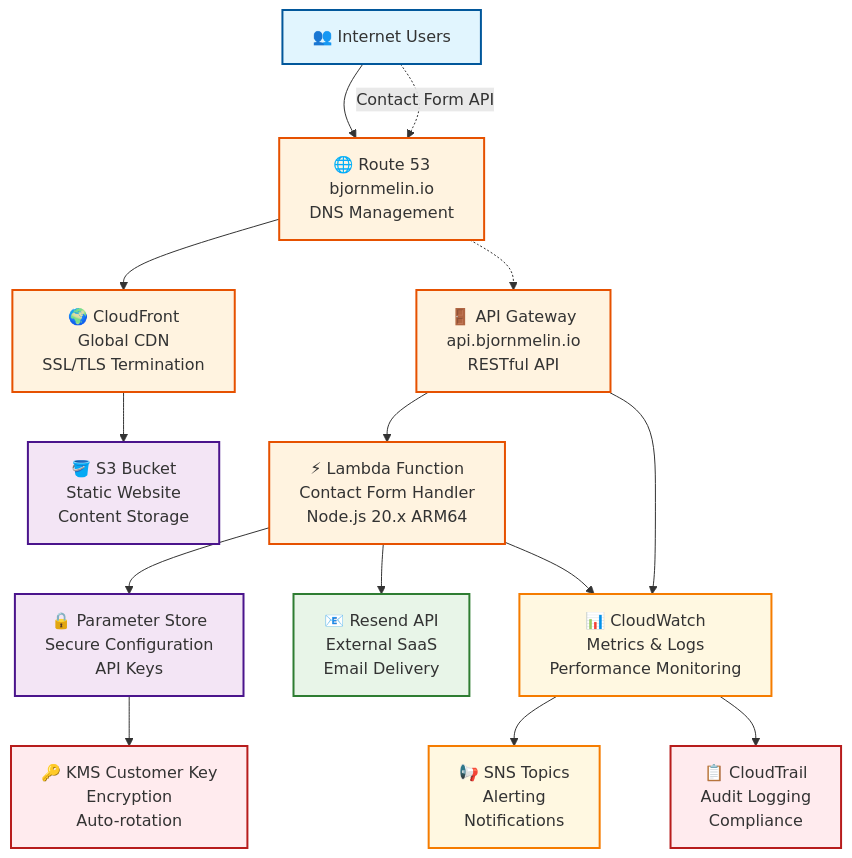
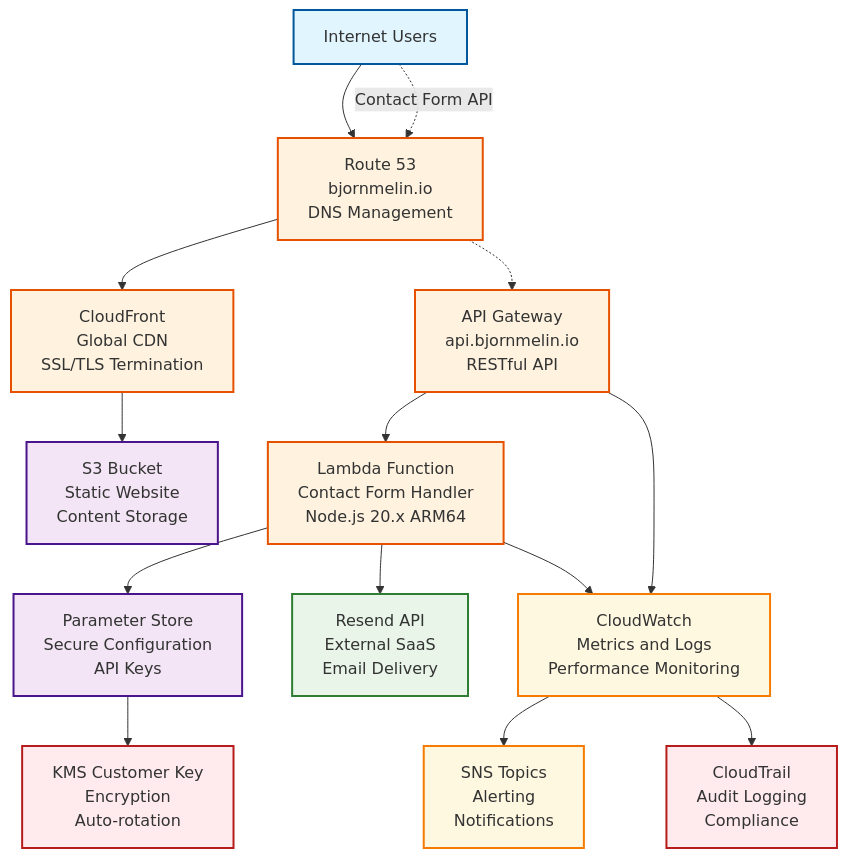
Before and after one commit to BjornMelin/bjornmelin-platform-io: the first of 4 diagrams in docs/infrastructure/architecture-overview.md, drawn with Mermaid. The commit also changed other lines of this file and 13 other files, not shown here.

````diff
--- a/docs/infrastructure/architecture-overview.md
+++ b/docs/infrastructure/architecture-overview.md
@@ -9,63 +9,63 @@
 ```mermaid
 graph TB
     %% Users and External Access
-    Users[👥 Internet Users]
+    Users["Internet Users"]
     
     %% DNS Layer
-    Route53[🌐 Route 53<br/>bjornmelin.io<br/>DNS Management]
+    Route53["Route 53<br/>bjornmelin.io<br/>DNS Management"]
     
     %% CDN and Web Hosting
-    CloudFront[🌍 CloudFront<br/>Global CDN<br/>SSL/TLS Termination]
-    S3[🪣 S3 Bucket<br/>Static Website<br/>Content Storage]
+    CloudFront["CloudFront<br/>Global CDN<br/>SSL/TLS Termination"]
+    S3["S3 Bucket<br/>Static Website<br/>Content Storage"]
     
     %% API Infrastructure
-    APIGateway[🚪 API Gateway<br/>api.bjornmelin.io<br/>RESTful API]
-    Lambda[⚡ Lambda Function<br/>Contact Form Handler<br/>Node.js 20.x ARM64]
+    APIGateway["API Gateway<br/>api.bjornmelin.io<br/>RESTful API"]
+    Lambda["Lambda Function<br/>Contact Form Handler<br/>Node.js 20.x ARM64"]
     
     %% Configuration and Security
-    ParameterStore[🔒 Parameter Store<br/>Secure Configuration<br/>API Keys]
-    KMS[🔑 KMS Customer Key<br/>Encryption<br/>Auto-rotation]
+    ParameterStore["Parameter Store<br/>Secure Configuration<br/>API Keys"]
+    KMS["KMS Customer Key<br/>Encryption<br/>Auto-rotation"]
     
     %% External Email Service
-    Resend[📧 Resend API<br/>External SaaS<br/>Email Delivery]
+    Resend["Resend API<br/>External SaaS<br/>Email Delivery"]
     
     %% Monitoring and Logging
-    CloudWatch[📊 CloudWatch<br/>Metrics & Logs<br/>Performance Monitoring]
-    SNS[📢 SNS Topics<br/>Alerting<br/>Notifications]
-    CloudTrail[📋 CloudTrail<br/>Audit Logging<br/>Compliance]
+    CloudWatch["CloudWatch<br/>Metrics and Logs<br/>Performance Monitoring"]
+    SNS["SNS Topics<br/>Alerting<br/>Notifications"]
+    CloudTrail["CloudTrail<br/>Audit Logging<br/>Compliance"]
     
     %% User Flow
     Users --> Route53
     Route53 --> CloudFront
     CloudFront --> S3
     
     %% API Flow
     Users -.->|Contact Form API| Route53
     Route53 -.-> APIGateway
     APIGateway --> Lambda
     Lambda --> ParameterStore
     ParameterStore --> KMS
     Lambda --> Resend
     
     %% Monitoring Flow
     Lambda --> CloudWatch
     APIGateway --> CloudWatch
     CloudWatch --> SNS
     CloudWatch --> CloudTrail
     
     %% Styling
     classDef userClass fill:#e1f5fe,stroke:#01579b,stroke-width:2px
     classDef awsCompute fill:#fff3e0,stroke:#e65100,stroke-width:2px
     classDef awsStorage fill:#f3e5f5,stroke:#4a148c,stroke-width:2px
     classDef awsSecurity fill:#ffebee,stroke:#b71c1c,stroke-width:2px
     classDef external fill:#e8f5e8,stroke:#2e7d32,stroke-width:2px
     classDef monitoring fill:#fff8e1,stroke:#f57c00,stroke-width:2px
     
     class Users userClass
     class Lambda,APIGateway awsCompute
     class S3,ParameterStore awsStorage
     class KMS,CloudTrail awsSecurity
     class Resend external
     class CloudWatch,SNS monitoring
     class Route53,CloudFront awsCompute
 ```
````
